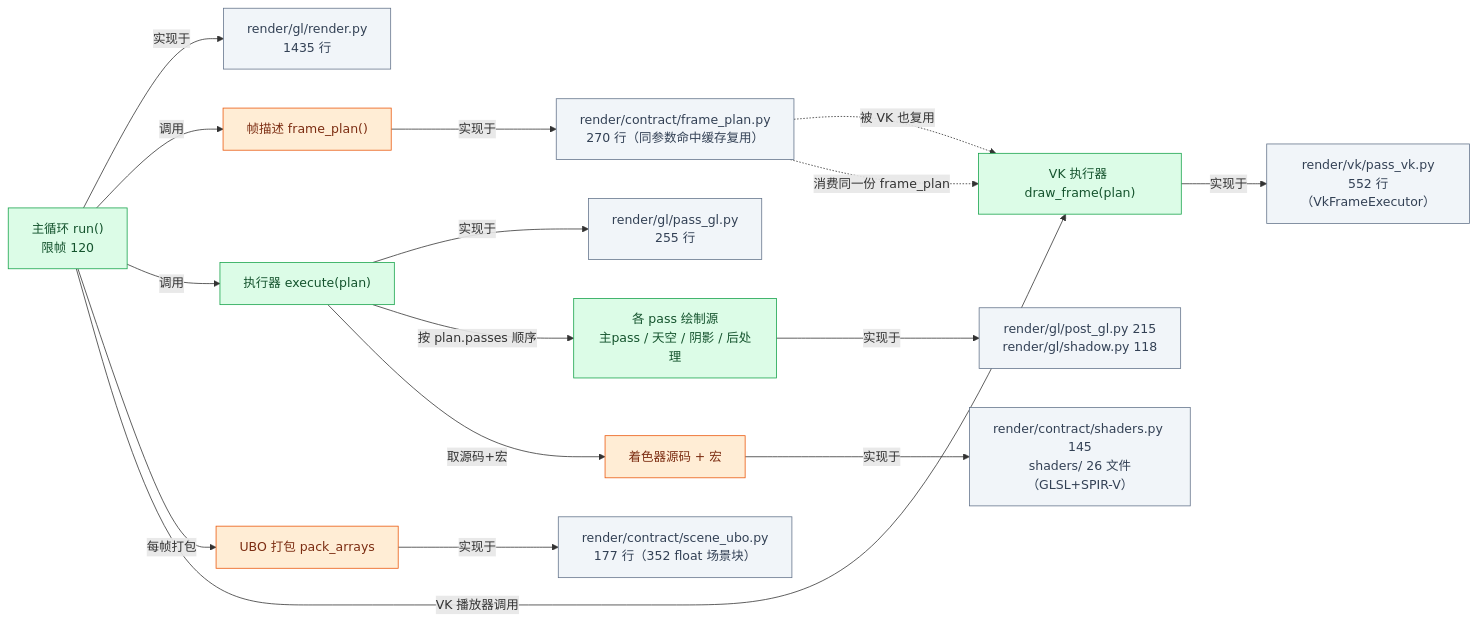
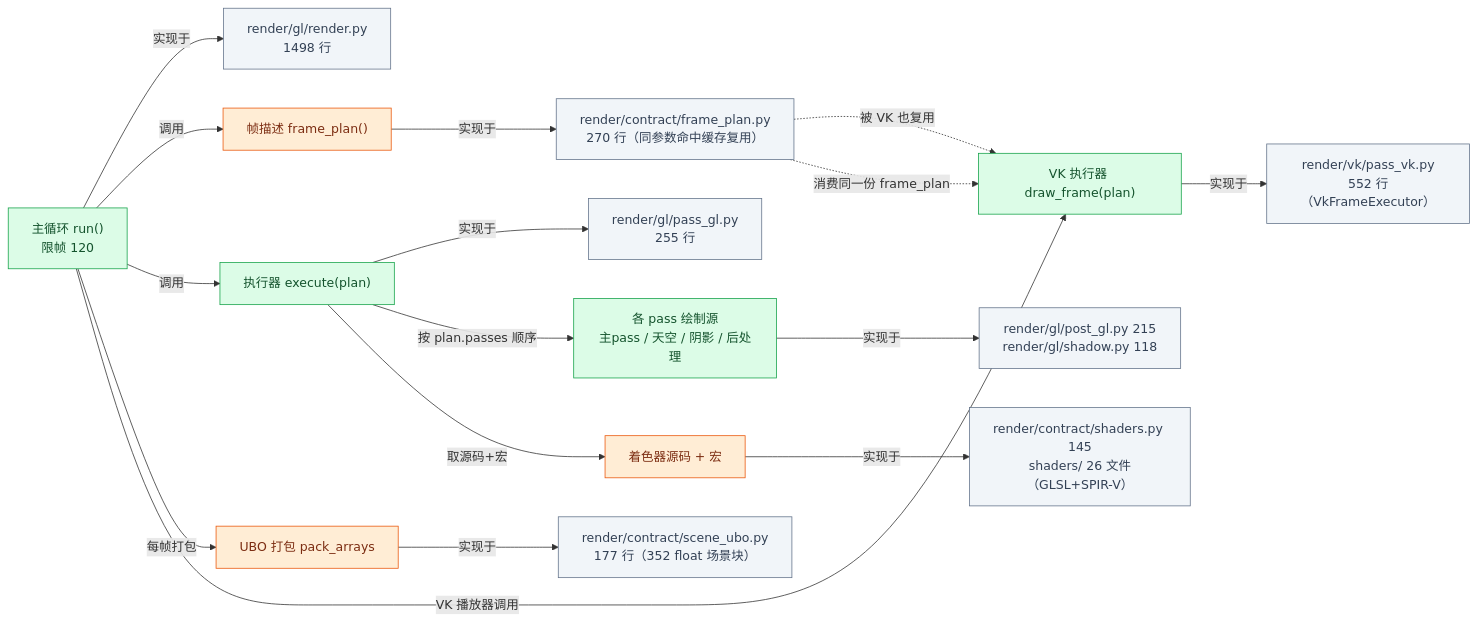
The fifth of 23 diagrams in ARCHITECTURE.md (lhy302/WeaveEngine), drawn with Mermaid before and after one commit. The commit also changed other lines of this file, not shown here.

Commit message:
B7-55~59 架构图同步：23 图按实况刷新（HEAD 01ca8a9；168 .py/63431 行；+7 门 + test_hub_update 106；run_all ~170 文件/6341 PASS/0 FAIL）

````diff
--- a/ARCHITECTURE.md
+++ b/ARCHITECTURE.md
@@ -285,35 +302,35 @@
 ```mermaid
 flowchart LR
   R1["主循环 run()<br/>限帧 120"]:::impl
-  F1["render/gl/render.py<br/>1435 行"]:::file
+  F1["render/gl/render.py<br/>1498 行"]:::file
   R2["帧描述 frame_plan()"]:::contract
   F2["render/contract/frame_plan.py<br/>270 行（同参数命中缓存复用）"]:::file
   R3["执行器 execute(plan)"]:::impl
   F3["render/gl/pass_gl.py<br/>255 行"]:::file
   R3b["VK 执行器 draw_frame(plan)"]:::impl
   F3b["render/vk/pass_vk.py<br/>552 行（VkFrameExecutor）"]:::file
   R4["各 pass 绘制源<br/>主pass / 天空 / 阴影 / 后处理"]:::impl
   F4["render/gl/post_gl.py 215<br/>render/gl/shadow.py 118"]:::file
   R5["UBO 打包 pack_arrays"]:::contract
   F5["render/contract/scene_ubo.py<br/>177 行（352 float 场景块）"]:::file
   R6["着色器源码 + 宏"]:::contract
   F6["render/contract/shaders.py 145<br/>shaders/ 26 文件（GLSL+SPIR-V）"]:::file
   R1 -->|实现于| F1
   R1 -->|调用| R2
   R2 -->|实现于| F2
   R1 -->|调用| R3
   R3 -->|实现于| F3
   R3 -->|按 plan.passes 顺序| R4
   R4 -->|实现于| F4
   R1 -->|每帧打包| R5
   R5 -->|实现于| F5
   R3 -->|取源码+宏| R6
   R6 -->|实现于| F6
   F2 -.->|被 VK 也复用| R3b
   R1 -->|VK 播放器调用| R3b
   R3b -->|实现于| F3b
   F2 -.->|消费同一份 frame_plan| R3b
   classDef impl fill:#dcfce7,stroke:#16a34a,color:#14532d
   classDef contract fill:#ffedd5,stroke:#ea580c,color:#7c2d12
   classDef file fill:#f1f5f9,stroke:#64748b,color:#334155
 ```
````
